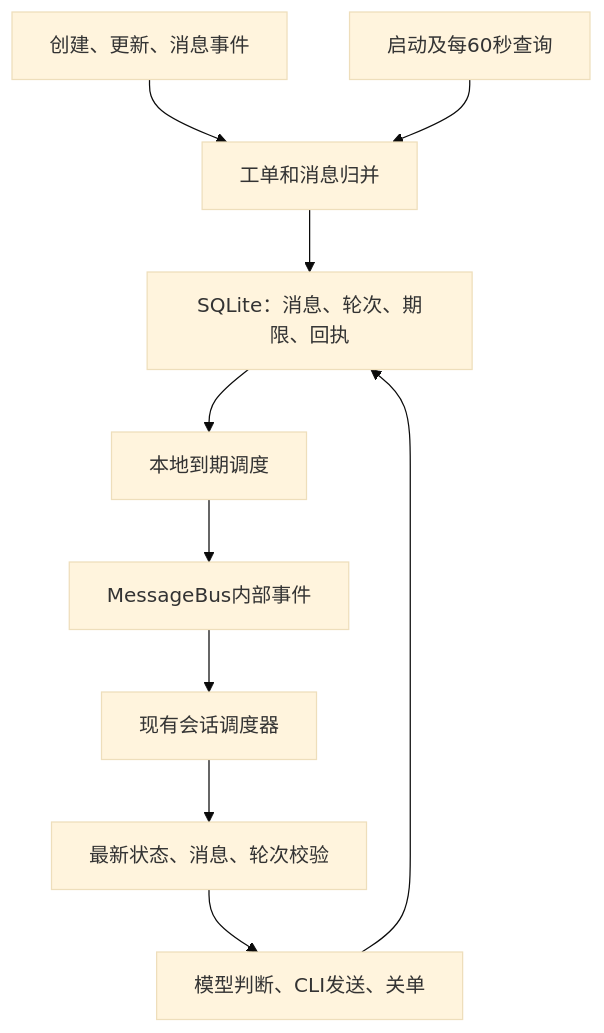
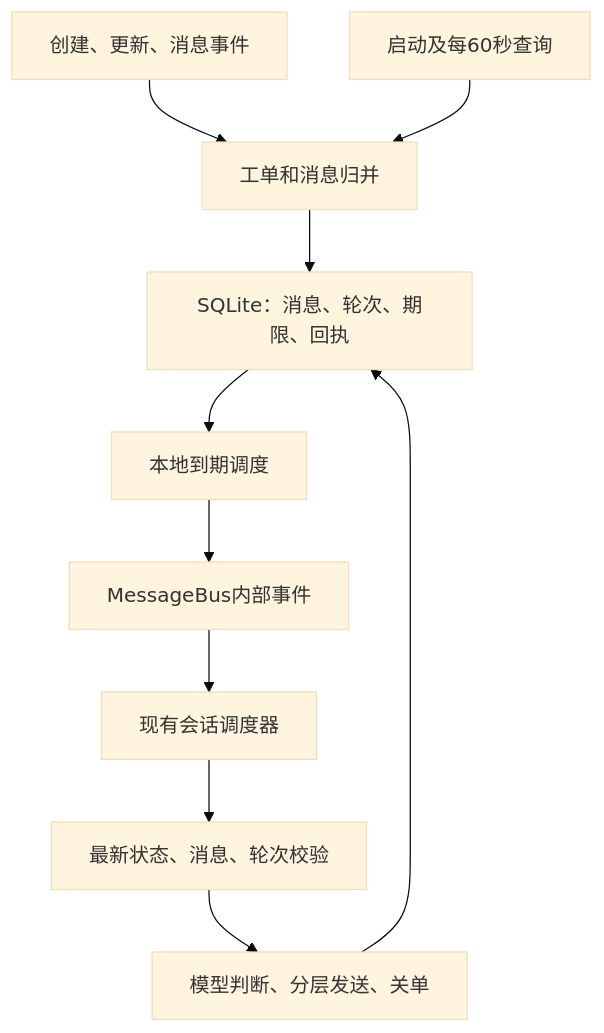
The diagram in bot/docs/zh/extensions/feishu-helpdesk-followup.md (tktkl/OpenViking), drawn with Mermaid (base theme) before and after one commit. The commit also changed other lines of this file and 5 other files, not shown here.

````diff
--- a/bot/docs/zh/extensions/feishu-helpdesk-followup.md
+++ b/bot/docs/zh/extensions/feishu-helpdesk-followup.md
@@ -5,12 +5,12 @@
 ```mermaid
 flowchart TD
     E[创建、更新、消息事件] --> S[工单和消息归并]
     P[启动及每60秒查询] --> S
     S --> DB[SQLite：消息、轮次、期限、回执]
     DB --> T[本地到期调度]
     T --> Q[MessageBus内部事件]
     Q --> D[现有会话调度器]
     D --> V[最新状态、消息、轮次校验]
-    V --> A[模型判断、CLI发送、关单]
+    V --> A[模型判断、分层发送、关单]
     A --> DB
 ```
````
